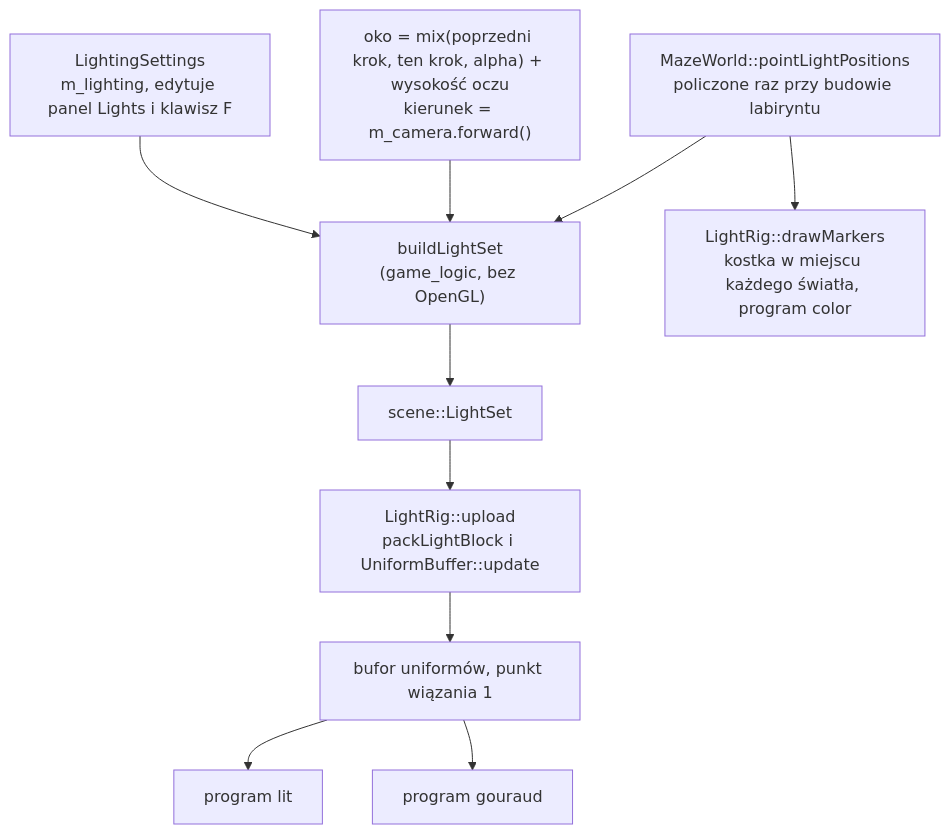
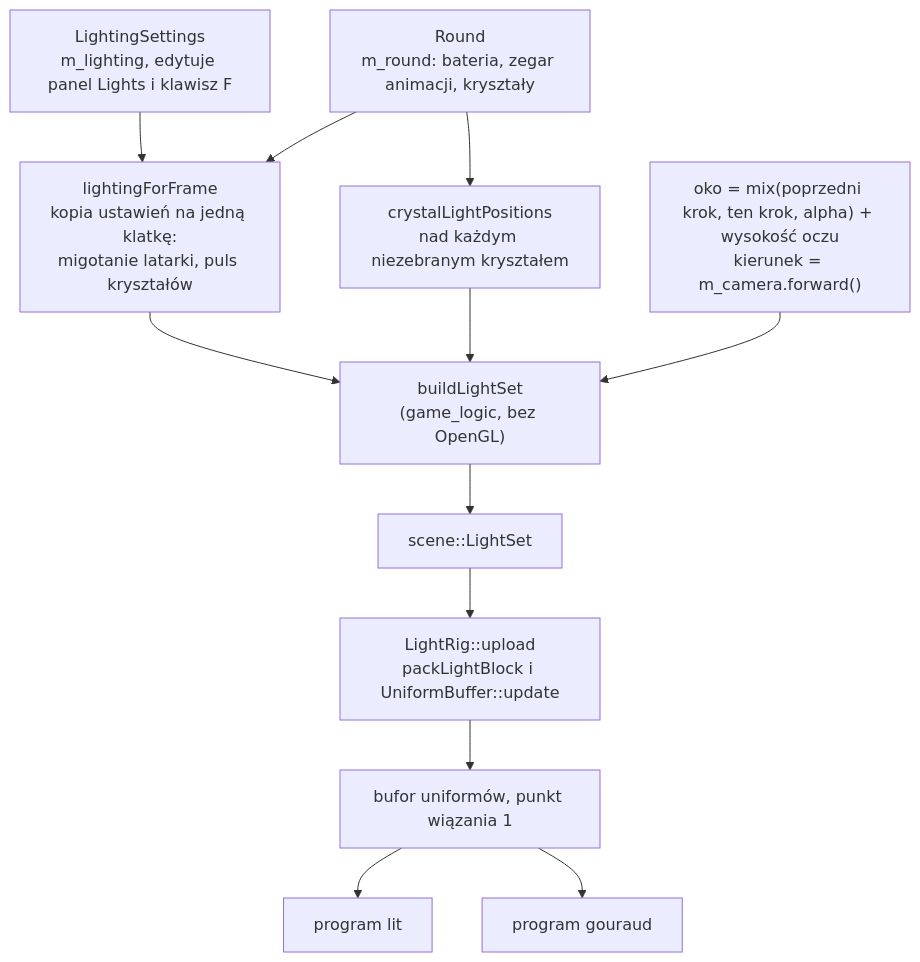
The diagram in docs/modules/game/flashlight.md (Shironex/night-maze), drawn with Mermaid before and after one commit. The commit also changed other lines of this file and 22 other files, not shown here.

````diff
--- a/docs/modules/game/flashlight.md
+++ b/docs/modules/game/flashlight.md
@@ -32,12 +39,14 @@
 ```mermaid
 flowchart TD
-    Settings["LightingSettings<br>m_lighting, edytuje panel Lights i klawisz F"] --> Build
+    Settings["LightingSettings<br>m_lighting, edytuje panel Lights i klawisz F"] --> Frame
+    RoundState["Round<br>m_round: bateria, zegar animacji, kryształy"] --> Frame
+    Frame["lightingForFrame<br>kopia ustawień na jedną klatkę:<br>migotanie latarki, puls kryształów"] --> Build
+    RoundState --> Positions["crystalLightPositions<br>nad każdym niezebranym kryształem"]
+    Positions --> Build
     Eye["oko = mix(poprzedni krok, ten krok, alpha) + wysokość oczu<br>kierunek = m_camera.forward()"] --> Build
-    World["MazeWorld::pointLightPositions<br>policzone raz przy budowie labiryntu"] --> Build
     Build["buildLightSet<br>(game_logic, bez OpenGL)"] --> Set["scene::LightSet"]
     Set --> Upload["LightRig::upload<br>packLightBlock i UniformBuffer::update"]
     Upload --> Card["bufor uniformów, punkt wiązania 1"]
     Card --> Lit["program lit"]
     Card --> Gouraud["program gouraud"]
-    World --> Markers["LightRig::drawMarkers<br>kostka w miejscu każdego światła, program color"]
 ```
````
